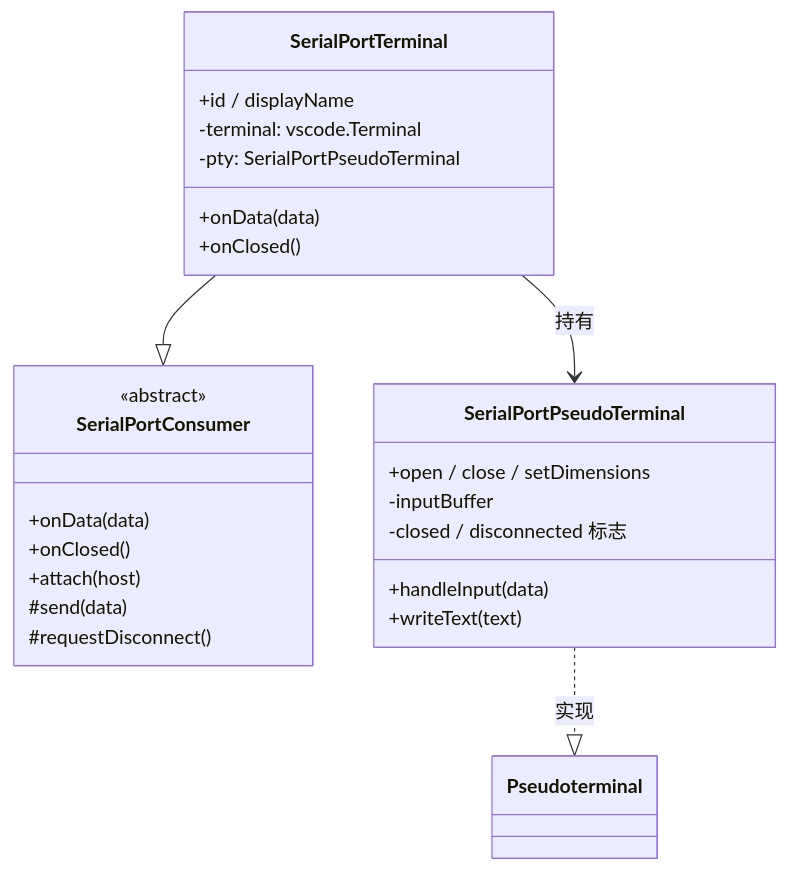
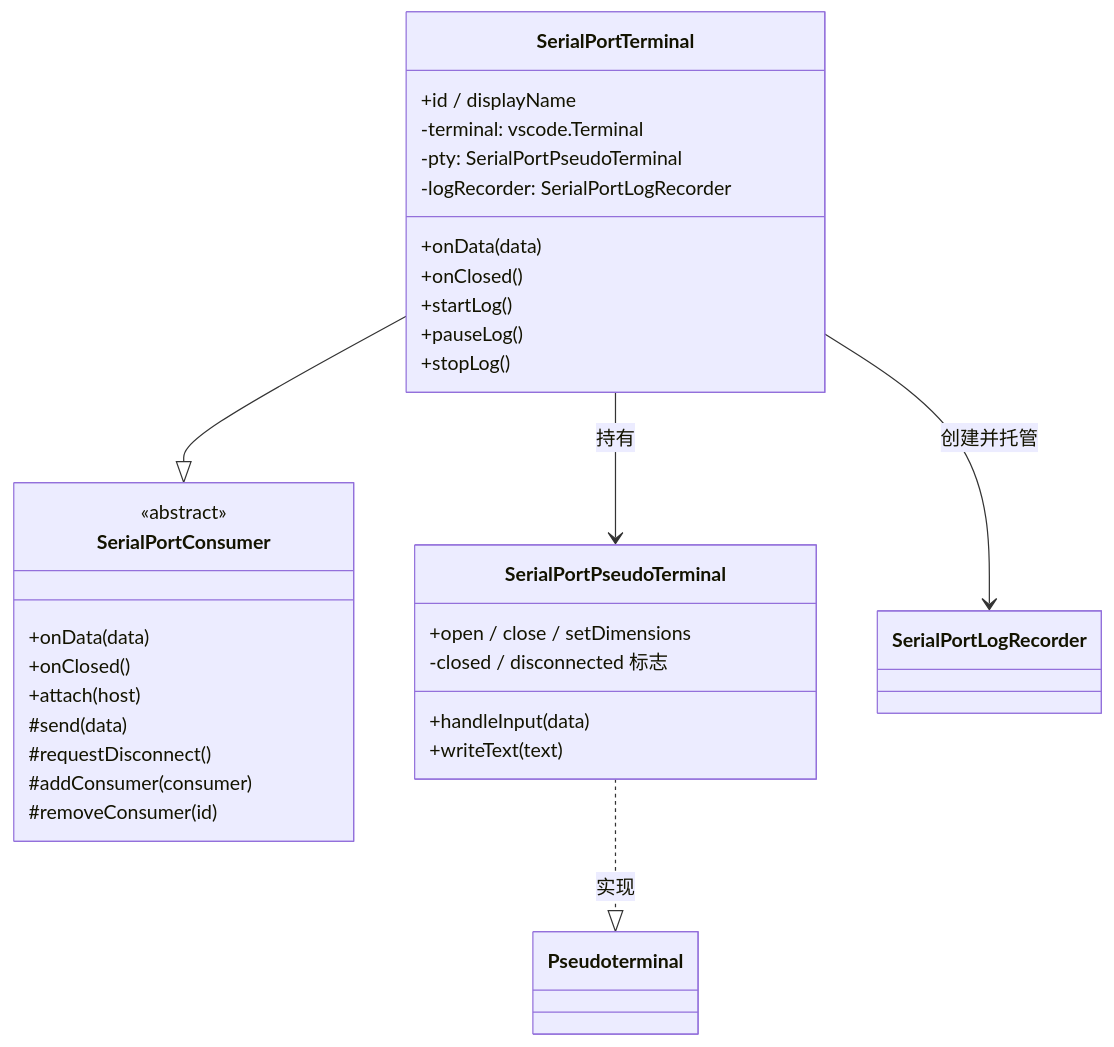
The diagram in doc/SerialPortTerminal设计.md (ziqiang-zhu/vscode-serial-port-terminal), drawn with Mermaid before and after one commit. The commit also changed other lines of this file and 4 other files, not shown here.

Commit message:
doc: add SerialPortLogRecorder design document

````diff
--- a/doc/SerialPortTerminal设计.md
+++ b/doc/SerialPortTerminal设计.md
@@ -68,28 +76,34 @@
 ```mermaid
 classDiagram
     class SerialPortConsumer {
         <<abstract>>
         +onData(data)
         +onClosed()
         +attach(host)
         #send(data)
         #requestDisconnect()
+        #addConsumer(consumer)
+        #removeConsumer(id)
     }
     class SerialPortTerminal {
         +id / displayName
         +onData(data)
         +onClosed()
+        +startLog()
+        +pauseLog()
+        +stopLog()
         -terminal: vscode.Terminal
         -pty: SerialPortPseudoTerminal
+        -logRecorder: SerialPortLogRecorder
     }
     class SerialPortPseudoTerminal {
         +open / close / setDimensions
         +handleInput(data)
         +writeText(text)
-        -inputBuffer
         -closed / disconnected 标志
     }
     SerialPortTerminal --|> SerialPortConsumer
     SerialPortTerminal --> SerialPortPseudoTerminal : 持有
+    SerialPortTerminal --> SerialPortLogRecorder : 创建并托管
     SerialPortPseudoTerminal ..|> Pseudoterminal : 实现
 ```
````
